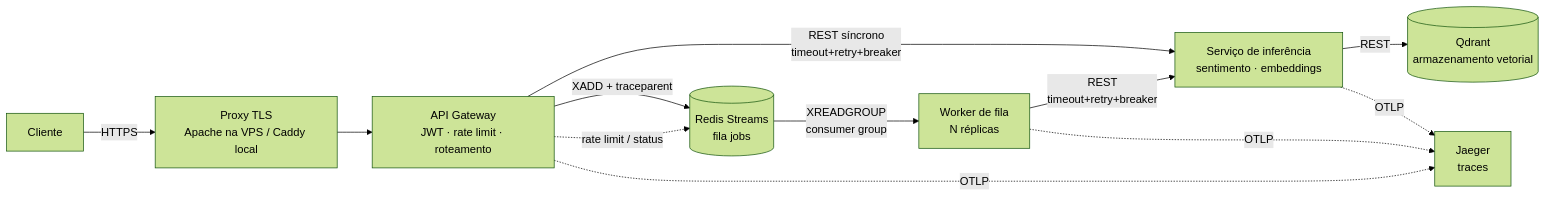
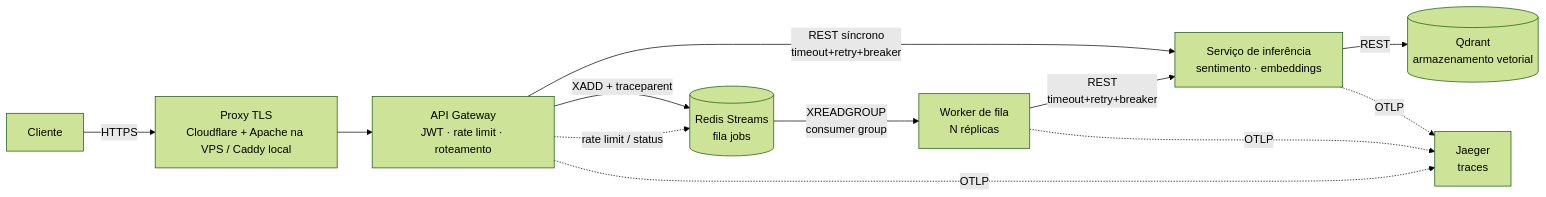
The diagram in README.md (nascimentodavi/plataforma-ia-como-servico-c3a2), drawn with Mermaid (forest theme) before and after one commit. The commit also changed other lines of this file, not shown here.

Commit message:
README: Cloudflare como operador (LGPD), topologia de borda e justificativa do free tier

````diff
--- a/README.md
+++ b/README.md
@@ -28,12 +28,12 @@
 ```mermaid
 flowchart LR
-    C[Cliente] -- HTTPS --> P[Proxy TLS<br/>Apache na VPS / Caddy local]
+    C[Cliente] -- HTTPS --> P[Proxy TLS<br/>Cloudflare + Apache na VPS / Caddy local]
     P --> G[API Gateway<br/>JWT · rate limit · roteamento]
     G -- REST síncrono<br/>timeout+retry+breaker --> I[Serviço de inferência<br/>sentimento · embeddings]
     G -- XADD + traceparent --> R[(Redis Streams<br/>fila jobs)]
     R -- XREADGROUP<br/>consumer group --> W[Worker de fila<br/>N réplicas]
     W -- REST<br/>timeout+retry+breaker --> I
     I -- REST --> Q[(Qdrant<br/>armazenamento vetorial)]
     G -. rate limit / status .-> R
     G & W & I -. OTLP .-> J[Jaeger<br/>traces]
 ```
````
